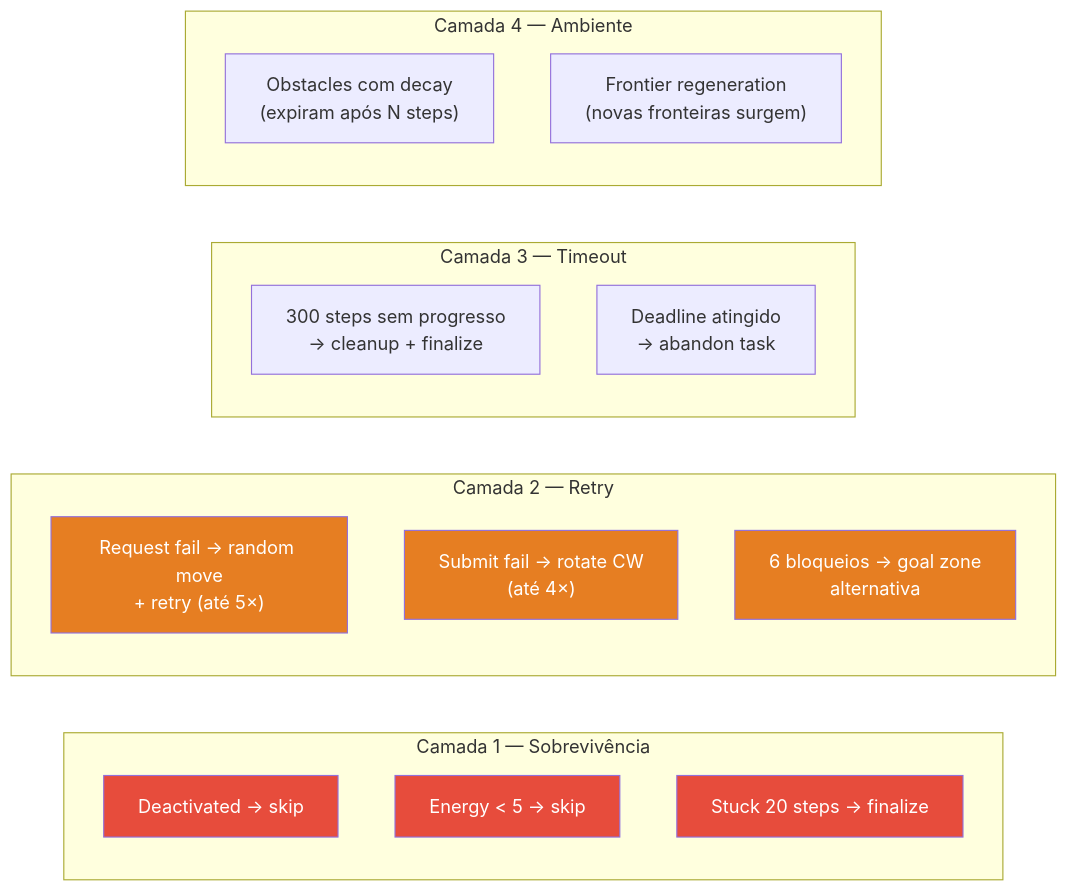
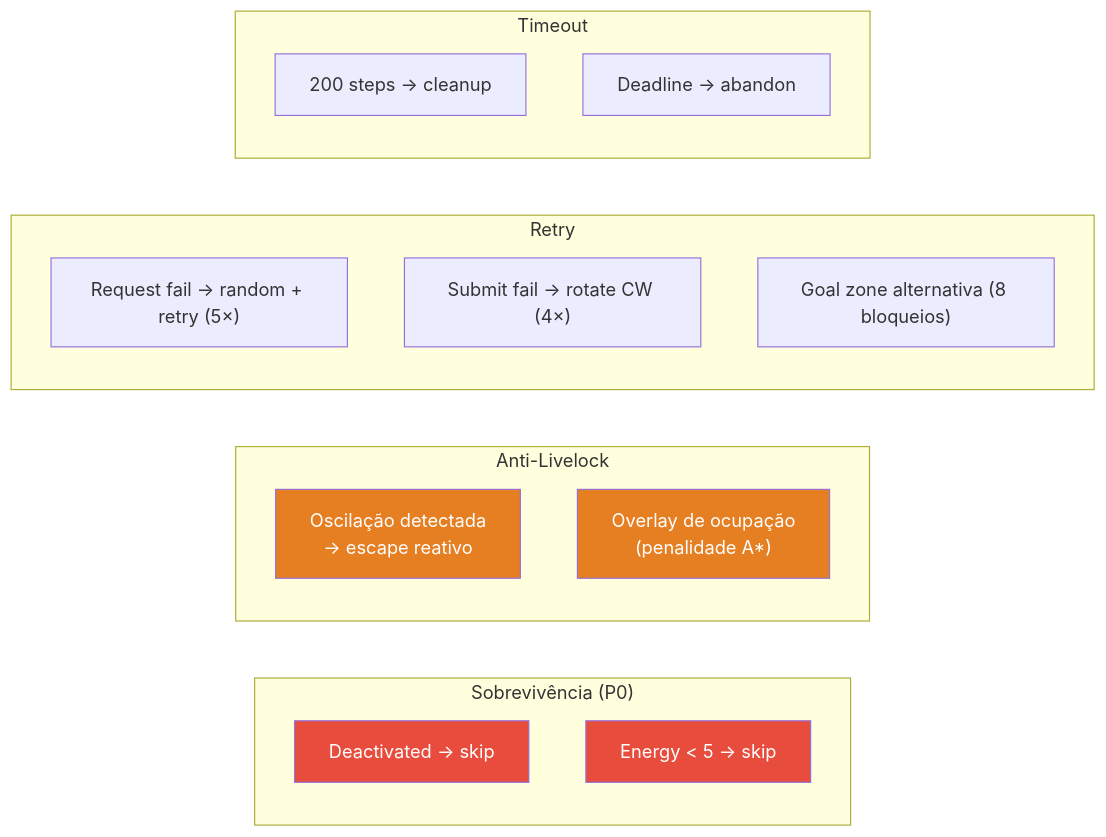
One commit to THIAGONOMA/PCS5703-MAS-HIVE changed the seventh of 7 diagrams in README.md. Above: the diagram before and after it, drawn with Mermaid. The commit also changed other lines of this file and 8 other files, not shown here.

````diff
--- a/README.md
+++ b/README.md
@@ -515,31 +208,25 @@
 ```mermaid
 flowchart LR
-    subgraph "Camada 1 — Sobrevivência"
+    subgraph "Sobrevivência (P0)"
         R1["Deactivated → skip"]
         R2["Energy < 5 → skip"]
-        R3["Stuck 20 steps → finalize"]
     end
-    
-    subgraph "Camada 2 — Retry"
-        R4["Request fail → random move<br/>+ retry (até 5×)"]
-        R5["Submit fail → rotate CW<br/>(até 4×)"]
-        R6["6 bloqueios → goal zone<br/>alternativa"]
+    subgraph "Anti-Livelock"
+        R3["Oscilação detectada<br/>→ escape reativo"]
+        R4["Overlay de ocupação<br/>(penalidade A*)"]
     end
-    
-    subgraph "Camada 3 — Timeout"
-        R7["300 steps sem progresso<br/>→ cleanup + finalize"]
-        R8["Deadline atingido<br/>→ abandon task"]
+    subgraph "Retry"
+        R5["Request fail → random + retry (5×)"]
+        R6["Submit fail → rotate CW (4×)"]
+        R7["Goal zone alternativa (8 bloqueios)"]
     end
-    
-    subgraph "Camada 4 — Ambiente"
-        R9["Obstacles com decay<br/>(expiram após N steps)"]
-        R10["Frontier regeneration<br/>(novas fronteiras surgem)"]
+    subgraph "Timeout"
+        R8["200 steps → cleanup"]
+        R9["Deadline → abandon"]
     end
 
     style R1 fill:#e74c3c,color:#fff
     style R2 fill:#e74c3c,color:#fff
-    style R3 fill:#e74c3c,color:#fff
+    style R3 fill:#e67e22,color:#fff
     style R4 fill:#e67e22,color:#fff
-    style R5 fill:#e67e22,color:#fff
-    style R6 fill:#e67e22,color:#fff
 ```
````
